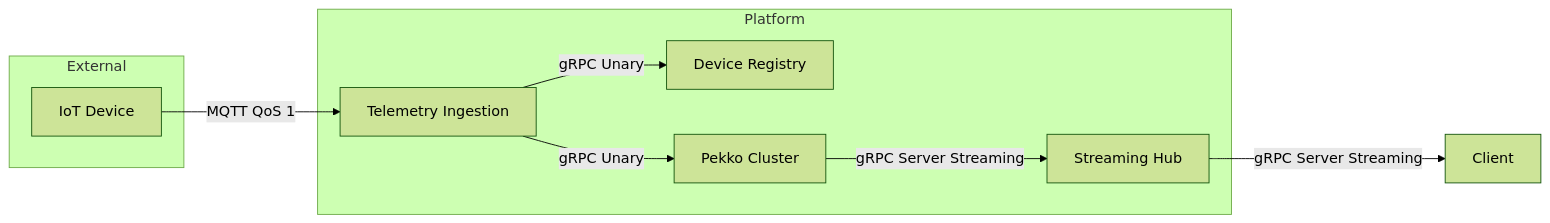
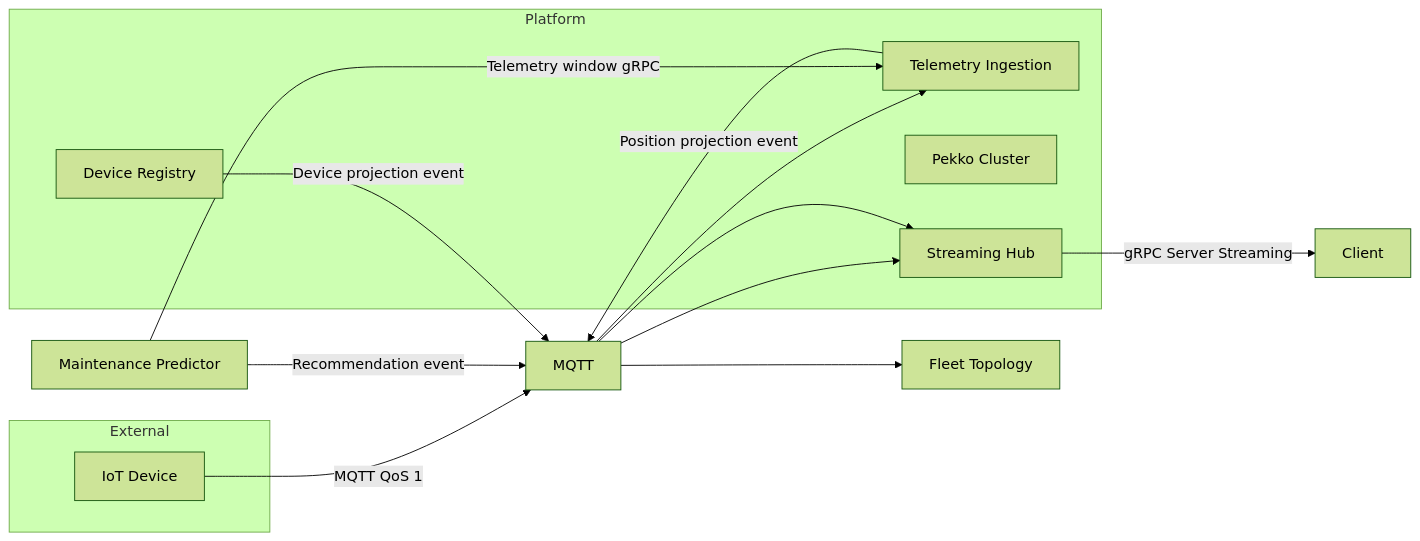
The second of 2 diagrams in README.md (stanimirivanov/fleetiq), drawn with Mermaid (forest theme) before and after one commit. The commit also changed other lines of this file and 69 other files, not shown here.

````diff
--- a/README.md
+++ b/README.md
@@ -119,19 +128,24 @@
 ```mermaid
 graph LR
     subgraph "External"
         D[IoT Device]
     end
 
     subgraph "Platform"
         TI[Telemetry Ingestion]
         DR[Device Registry]
         PK[Pekko Cluster]
         SH[Streaming Hub]
     end
 
-    D -->|MQTT QoS 1| TI
-    TI -->|gRPC Unary| DR
-    TI -->|gRPC Unary| PK
-    PK -->|gRPC Server Streaming| SH
+    D -->|MQTT QoS 1| MQTT[MQTT broker]
+    MQTT --> TI
+    MQTT --> SH
+    TI -->|Position projection event| MQTT[MQTT]
+    DR -->|Device projection event| MQTT
+    MQTT --> FT[Fleet Topology]
+    MQTT --> SH
+    MP[Maintenance Predictor] -->|Telemetry window gRPC| TI
+    MP -->|Recommendation event| MQTT
     SH -->|gRPC Server Streaming| Client
 ```
````
